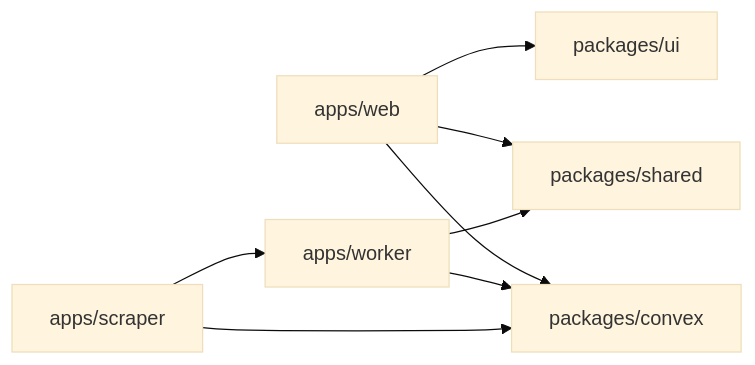
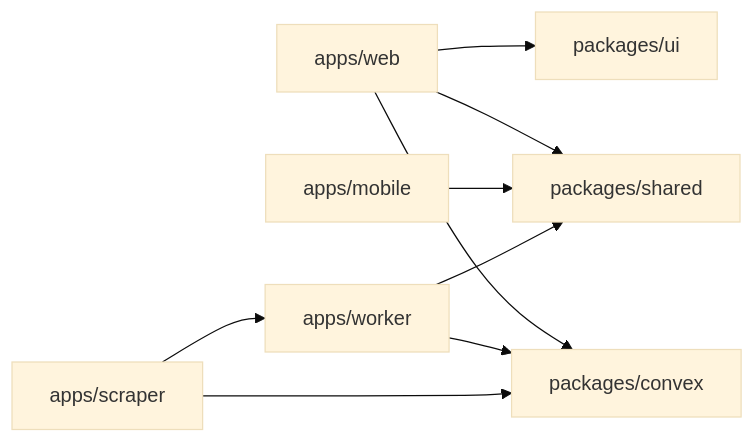
The diagram in README.md (Fractal-Tess/react-monorepo), drawn with Mermaid (base theme) before and after one commit. The commit also changed other lines of this file and 18 other files, not shown here.

````diff
--- a/README.md
+++ b/README.md
@@ -27,17 +28,19 @@
 ```mermaid
 flowchart LR
   web[apps/web]
+  mobile[apps/mobile]
   worker[apps/worker]
   scraper[apps/scraper]
   convex[packages/convex]
   shared[packages/shared]
   ui[packages/ui]
 
   web --> convex
   web --> ui
   web --> shared
+  mobile --> shared
   worker --> convex
   worker --> shared
   scraper --> convex
   scraper --> worker
 ```
````
